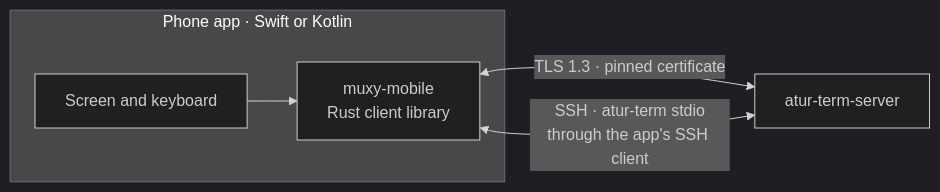
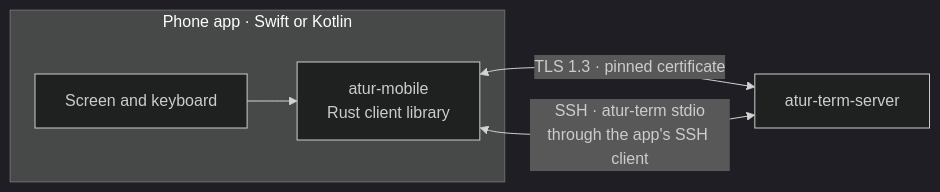
One commit to dzulfikar08/atur-terminal changed the first of 2 diagrams in docs/tech/mobile.md. Above: the diagram before and after it, drawn with Mermaid (dark theme). The commit also changed other lines of this file and 32 other files, not shown here.

First line of the commit message:
Add the React Native facade to the phone core and rename it atur-mobile

````diff
--- a/docs/tech/mobile.md
+++ b/docs/tech/mobile.md
@@ -11,8 +11,8 @@
 ```mermaid
 flowchart LR
     subgraph PHONE["Phone app · Swift or Kotlin"]
-        VIEW["Screen and keyboard"] --> SDK["muxy-mobile<br/>Rust client library"]
+        VIEW["Screen and keyboard"] --> SDK["atur-mobile<br/>Rust client library"]
     end
     SDK <-->|"TLS 1.3 · pinned certificate"| SERVER["atur-term-server"]
     SDK <-->|"SSH · atur-term stdio<br/>through the app's SSH client"| SERVER
 ```
````
